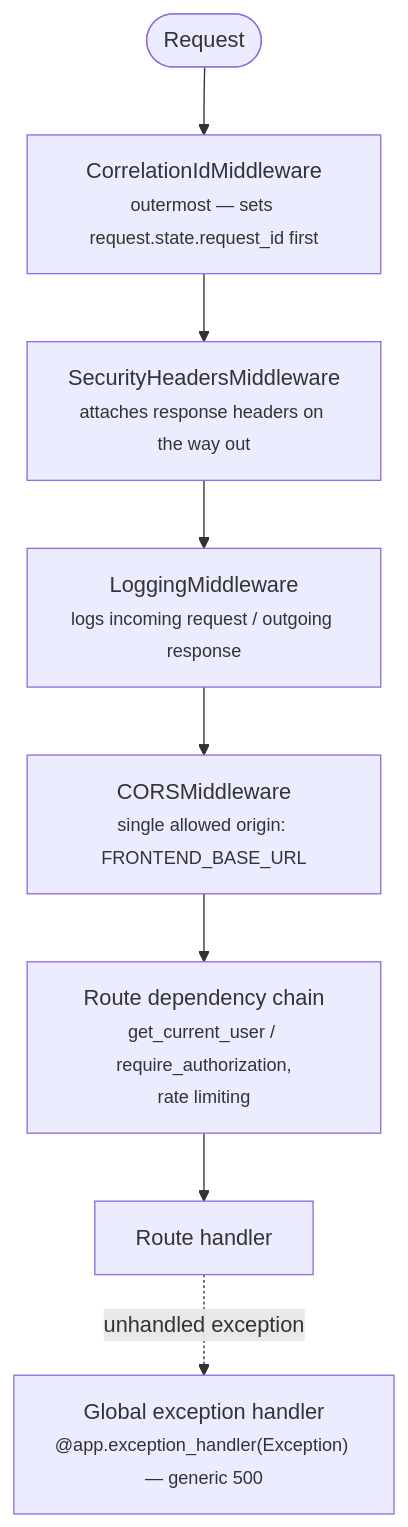
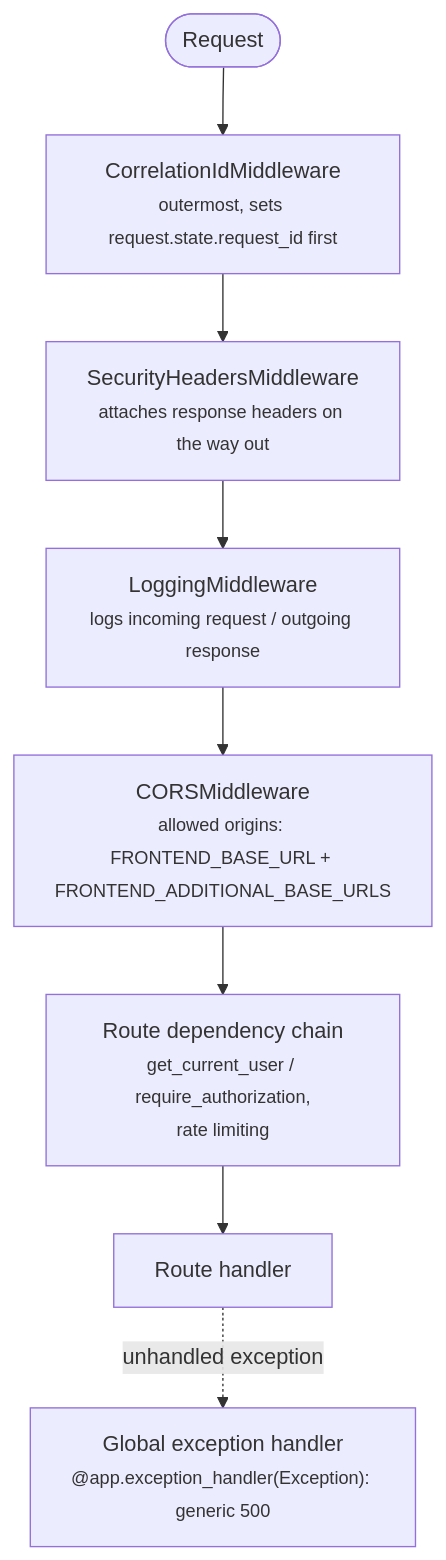
The diagram in docs/mystic_auth/architecture/backend.md (Nachiket-2024/manifest-cv), drawn with Mermaid before and after one commit. The commit also changed other lines of this file and 401 other files, not shown here.

````diff
--- a/docs/mystic_auth/architecture/backend.md
+++ b/docs/mystic_auth/architecture/backend.md
@@ -30,14 +30,14 @@
 ```mermaid
 flowchart TD
     Request(["Request"])
-    Correlation["CorrelationIdMiddleware<br/><small>outermost — sets request.state.request_id first</small>"]
+    Correlation["CorrelationIdMiddleware<br/><small>outermost, sets request.state.request_id first</small>"]
     Security["SecurityHeadersMiddleware<br/><small>attaches response headers on the way out</small>"]
     Logging["LoggingMiddleware<br/><small>logs incoming request / outgoing response</small>"]
-    Cors["CORSMiddleware<br/><small>single allowed origin: FRONTEND_BASE_URL</small>"]
+    Cors["CORSMiddleware<br/><small>allowed origins: FRONTEND_BASE_URL + FRONTEND_ADDITIONAL_BASE_URLS</small>"]
     Deps["Route dependency chain<br/><small>get_current_user / require_authorization,<br/>rate limiting</small>"]
     Handler["Route handler"]
-    Error["Global exception handler<br/><small>@app.exception_handler(Exception) — generic 500</small>"]
+    Error["Global exception handler<br/><small>@app.exception_handler(Exception): generic 500</small>"]
 
     Request --> Correlation --> Security --> Logging --> Cors --> Deps --> Handler
     Handler -. "unhandled exception" .-> Error
 ```
````
